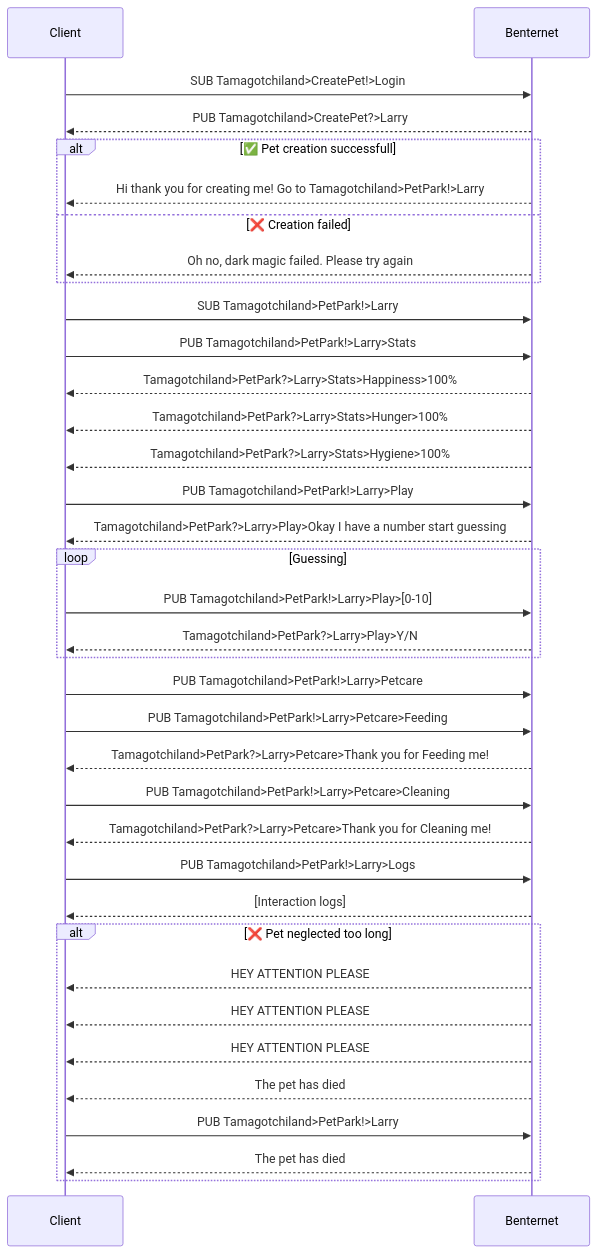
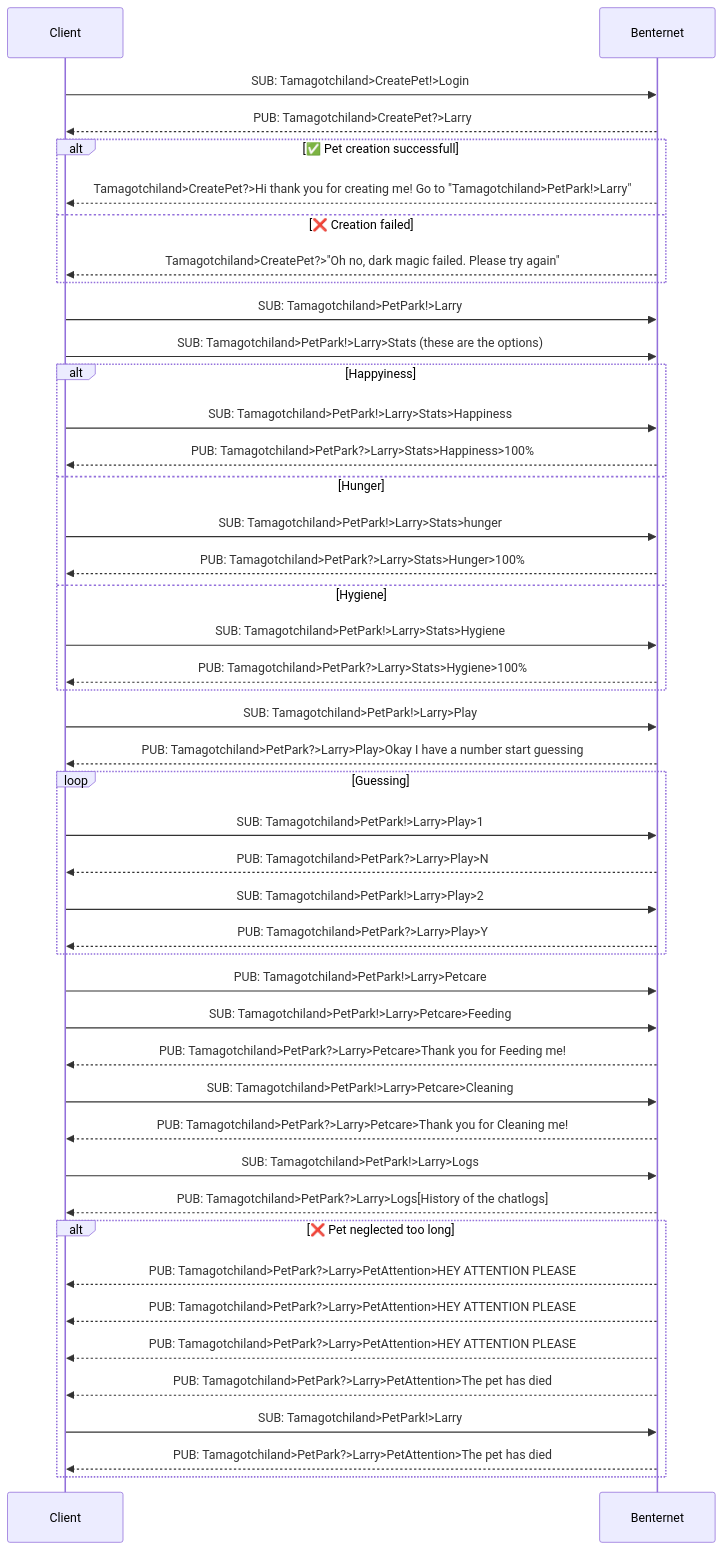
The second of 2 diagrams in README.md (SamyWarnants/Networkprogramming-Benternetopdracht), drawn with Mermaid before and after one commit. The commit also changed other lines of this file and 8 other files, not shown here.

````diff
--- a/README.md
+++ b/README.md
@@ -125,53 +125,62 @@
 ```mermaid
 sequenceDiagram
     participant Client
     participant Benternet
 
     %% CreatePet flow
-    Client->>Benternet: SUB Tamagotchiland>CreatePet!>Login
-    Benternet-->>Client: PUB Tamagotchiland>CreatePet?>Larry
+    Client->>Benternet: SUB: Tamagotchiland>CreatePet!>Login
+    Benternet-->>Client: PUB: Tamagotchiland>CreatePet?>Larry
 
     alt ✅ Pet creation successfull
-        Benternet-->>Client: Hi thank you for creating me! Go to Tamagotchiland>PetPark!>Larry
+        Benternet-->>Client: Tamagotchiland>CreatePet?>Hi thank you for creating me! Go to "Tamagotchiland>PetPark!>Larry"
     else ❌ Creation failed
-        Benternet-->>Client: Oh no, dark magic failed. Please try again
+        Benternet-->>Client: Tamagotchiland>CreatePet?>"Oh no, dark magic failed. Please try again"
     end
 
     %% Enter PetPark
-    Client->>Benternet: SUB Tamagotchiland>PetPark!>Larry
+    Client->>Benternet: SUB: Tamagotchiland>PetPark!>Larry
 
     %% Stats
-    Client->>Benternet: PUB Tamagotchiland>PetPark!>Larry>Stats
-    Benternet-->>Client: Tamagotchiland>PetPark?>Larry>Stats>Happiness>100%
-    Benternet-->>Client: Tamagotchiland>PetPark?>Larry>Stats>Hunger>100%
-    Benternet-->>Client: Tamagotchiland>PetPark?>Larry>Stats>Hygiene>100%
-
+    Client->>Benternet: SUB: Tamagotchiland>PetPark!>Larry>Stats (these are the options)
+    
+	alt Happyiness
+	Client->>Benternet: SUB: Tamagotchiland>PetPark!>Larry>Stats>Happiness
+    Benternet-->>Client: PUB: Tamagotchiland>PetPark?>Larry>Stats>Happiness>100%
+    else Hunger
+    Client->>Benternet: SUB: Tamagotchiland>PetPark!>Larry>Stats>hunger
+    Benternet-->>Client: PUB: Tamagotchiland>PetPark?>Larry>Stats>Hunger>100%
+    else Hygiene
+    Client->>Benternet: SUB: Tamagotchiland>PetPark!>Larry>Stats>Hygiene
+    Benternet-->>Client: PUB: Tamagotchiland>PetPark?>Larry>Stats>Hygiene>100%
+	end
     %% Play
-    Client->>Benternet: PUB Tamagotchiland>PetPark!>Larry>Play
-    Benternet-->>Client: Tamagotchiland>PetPark?>Larry>Play>Okay I have a number start guessing
+    Client->>Benternet: SUB: Tamagotchiland>PetPark!>Larry>Play
+    Benternet-->>Client: PUB: Tamagotchiland>PetPark?>Larry>Play>Okay I have a number start guessing
     loop Guessing
-        Client->>Benternet: PUB Tamagotchiland>PetPark!>Larry>Play>[0-10]
-        Benternet-->>Client: Tamagotchiland>PetPark?>Larry>Play>Y/N
+        Client->>Benternet: SUB: Tamagotchiland>PetPark!>Larry>Play>1
+        Benternet-->>Client: PUB: Tamagotchiland>PetPark?>Larry>Play>N
+        Client->>Benternet: SUB: Tamagotchiland>PetPark!>Larry>Play>2
+        Benternet-->>Client: PUB: Tamagotchiland>PetPark?>Larry>Play>Y
     end
 
     %% Petcare
-    Client->>Benternet: PUB Tamagotchiland>PetPark!>Larry>Petcare
-    Client->>Benternet: PUB Tamagotchiland>PetPark!>Larry>Petcare>Feeding
-    Benternet-->>Client: Tamagotchiland>PetPark?>Larry>Petcare>Thank you for Feeding me!
-    Client->>Benternet: PUB Tamagotchiland>PetPark!>Larry>Petcare>Cleaning
-    Benternet-->>Client: Tamagotchiland>PetPark?>Larry>Petcare>Thank you for Cleaning me!
+    Client->>Benternet: PUB: Tamagotchiland>PetPark!>Larry>Petcare
+    Client->>Benternet: SUB: Tamagotchiland>PetPark!>Larry>Petcare>Feeding
+    Benternet-->>Client: PUB: Tamagotchiland>PetPark?>Larry>Petcare>Thank you for Feeding me!
+    Client->>Benternet: SUB: Tamagotchiland>PetPark!>Larry>Petcare>Cleaning
+    Benternet-->>Client: PUB: Tamagotchiland>PetPark?>Larry>Petcare>Thank you for Cleaning me!
 
     %% Logs
-    Client->>Benternet: PUB Tamagotchiland>PetPark!>Larry>Logs
-    Benternet-->>Client: [Interaction logs]
+    Client->>Benternet: SUB: Tamagotchiland>PetPark!>Larry>Logs
+    Benternet-->>Client: PUB: Tamagotchiland>PetPark?>Larry>Logs[History of the chatlogs]
 
     %% Neglect
     alt ❌ Pet neglected too long
-        Benternet-->>Client: HEY ATTENTION PLEASE
-        Benternet-->>Client: HEY ATTENTION PLEASE
-        Benternet-->>Client: HEY ATTENTION PLEASE
-        Benternet-->>Client: The pet has died
-        Client->>Benternet: PUB Tamagotchiland>PetPark!>Larry
-        Benternet-->>Client: The pet has died
+        Benternet-->>Client: PUB: Tamagotchiland>PetPark?>Larry>PetAttention>HEY ATTENTION PLEASE
+        Benternet-->>Client: PUB: Tamagotchiland>PetPark?>Larry>PetAttention>HEY ATTENTION PLEASE
+        Benternet-->>Client: PUB: Tamagotchiland>PetPark?>Larry>PetAttention>HEY ATTENTION PLEASE
+        Benternet-->>Client: PUB: Tamagotchiland>PetPark?>Larry>PetAttention>The pet has died
+        Client->>Benternet: SUB: Tamagotchiland>PetPark!>Larry
+        Benternet-->>Client: PUB: Tamagotchiland>PetPark?>Larry>PetAttention>The pet has died
     end
 ```
````
